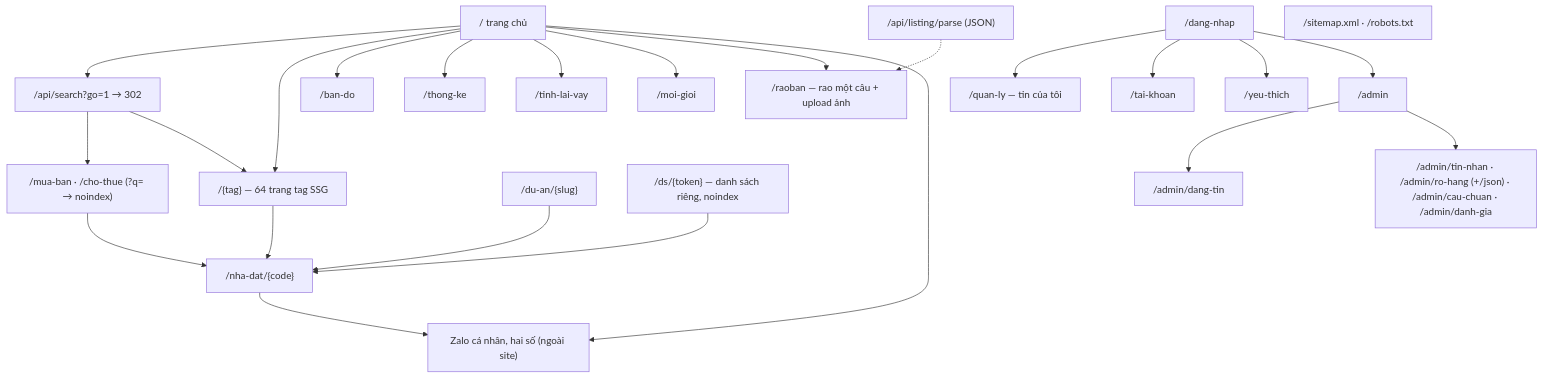
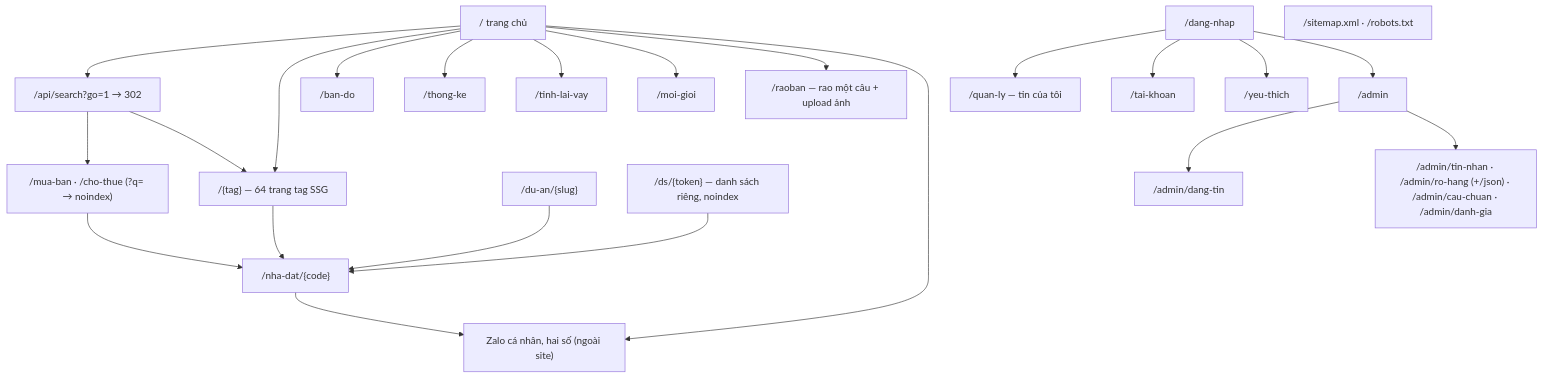
Before and after one commit to quang507/AOND: the first of 2 diagrams in docs/04-information-architecture.md, drawn with Mermaid. The commit also changed other lines of this file and 7 other files, not shown here.

First line of the commit message:
Gỡ /api/listing/parse + parseListing (không còn nơi gọi); docs đánh deprecated (SRS-333)

````diff
--- a/docs/04-information-architecture.md
+++ b/docs/04-information-architecture.md
@@ -16,25 +16,24 @@
 ```mermaid
 flowchart TD
     H["/ trang chủ"] --> API["/api/search?go=1 → 302"]
     API --> MB["/mua-ban · /cho-thue (?q= → noindex)"]
     API --> T["/{tag} — 64 trang tag SSG"]
     H --> T
     H --> BD["/ban-do"]
     H --> TK["/thong-ke"]
     H --> LV["/tinh-lai-vay"]
     H --> MG["/moi-gioi"]
     H --> RB["/raoban — rao một câu + upload ảnh"]
     MB --> DT["/nha-dat/{code}"]
     T --> DT
     DA["/du-an/{slug}"] --> DT
     DT --> ZL["Zalo cá nhân, hai số (ngoài site)"]
     H --> ZL
     DS["/ds/{token} — danh sách riêng, noindex"] --> DT
     DN["/dang-nhap"] --> QL["/quan-ly — tin của tôi"]
     DN --> TKH["/tai-khoan"]
     DN --> YT["/yeu-thich"]
     DN --> AD["/admin"] --> ADT["/admin/dang-tin"]
     AD --> ADX["/admin/tin-nhan · /admin/ro-hang (+/json) · /admin/cau-chuan · /admin/danh-gia"]
-    PARSE["/api/listing/parse (JSON)"] -.-> RB
     SM["/sitemap.xml · /robots.txt"]
 ```
````
